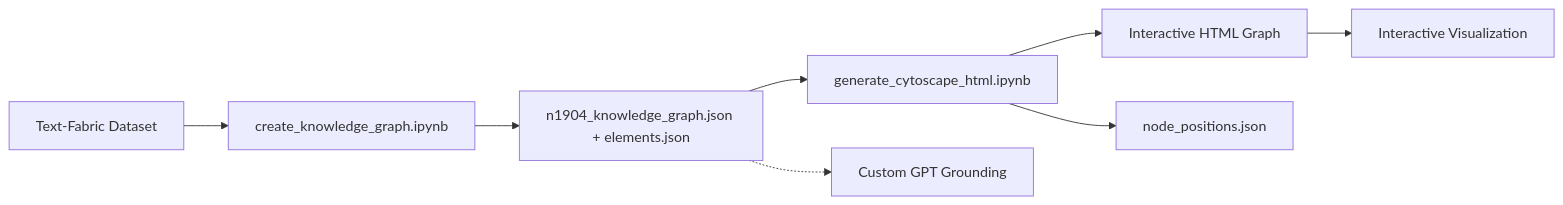
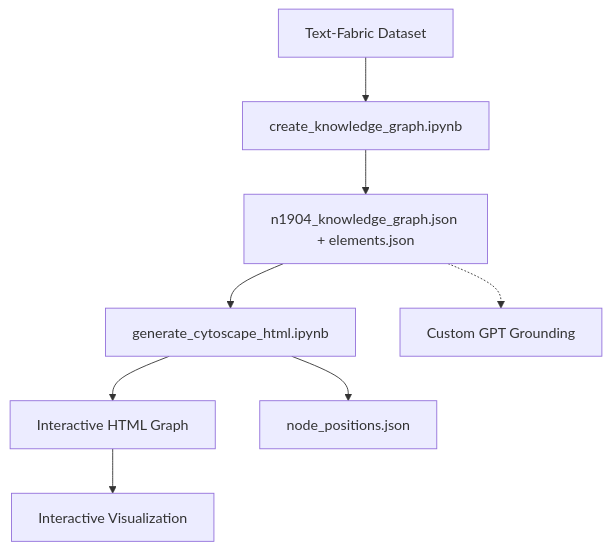
The diagram in README.md (tonyjurg/TF_Knowledge_Graph), drawn with Mermaid before and after one commit. The commit also changed other lines of this file, not shown here.

````diff
--- a/README.md
+++ b/README.md
@@ -14,20 +14,19 @@
 ```mermaid
-flowchart LR
-    TF[Text-Fabric Dataset] 
-    --> NB1[create_knowledge_graph.ipynb] 
+flowchart TD
+    TF[Text-Fabric Dataset]
+    --> NB1[create_knowledge_graph.ipynb]
     --> JSON[n1904_knowledge_graph.json + elements.json]
-    
-    JSON --> NB2[generate_cytoscape_html.ipynb]
-    NB2 --> HTML[Interactive HTML Graph]
+    --> NB2[generate_cytoscape_html.ipynb]
+    --> HTML[Interactive HTML Graph]
+    --> Human[Interactive Visualization]
+
     NB2 --> POS[node_positions.json]
-    
     JSON -.-> GPT[Custom GPT Grounding]
-    HTML --> Human[Interactive Visualization]
 
     click NB1 "https://github.com/tonyjurg/TF_Knowledge_Graph/blob/main/create_knowledge_graph.ipynb" "Open notebook: create_knowledge_graph.ipynb"
     click NB2 "https://github.com/tonyjurg/TF_Knowledge_Graph/blob/main/generate_cytoscape_html.ipynb" "Open notebook: generate_cytoscape_html.ipynb"
     click JSON "https://tonyjurg.github.io/TF_Knowledge_Graph/n1904_knowledge_graph.json" "Open JSON output"
     click HTML "https://tonyjurg.github.io/TF_Knowledge_Graph/n1904_graph_contextmenu.html" "Open interactive HTML graph"
     click POS "https://tonyjurg.github.io/TF_Knowledge_Graph/node_positions.json" "Open node positions JSON"
     click TF "https://centerblc.github.io/N1904/" "Open Text-Fabric N1904 dataset"
 ```
````
